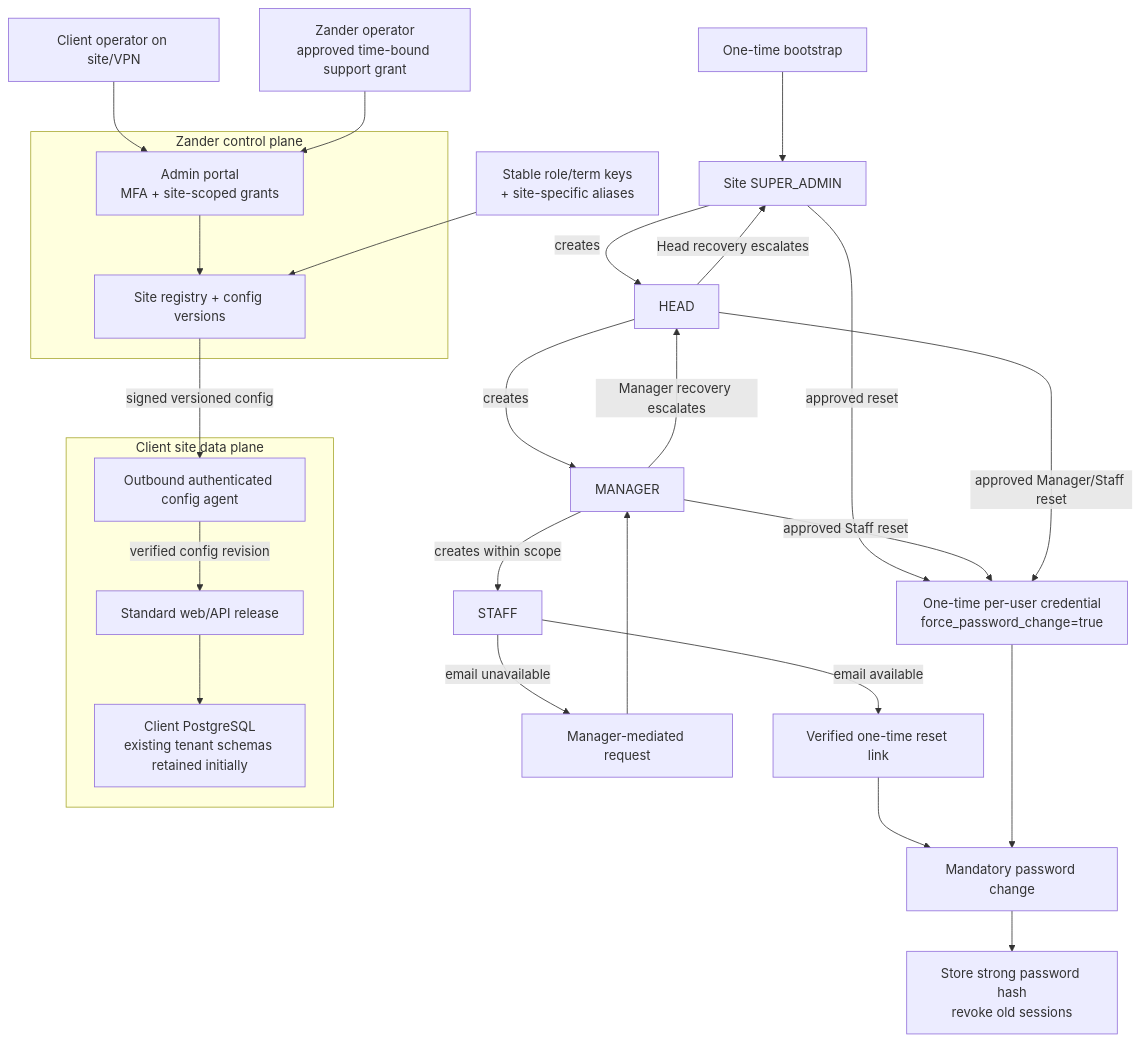
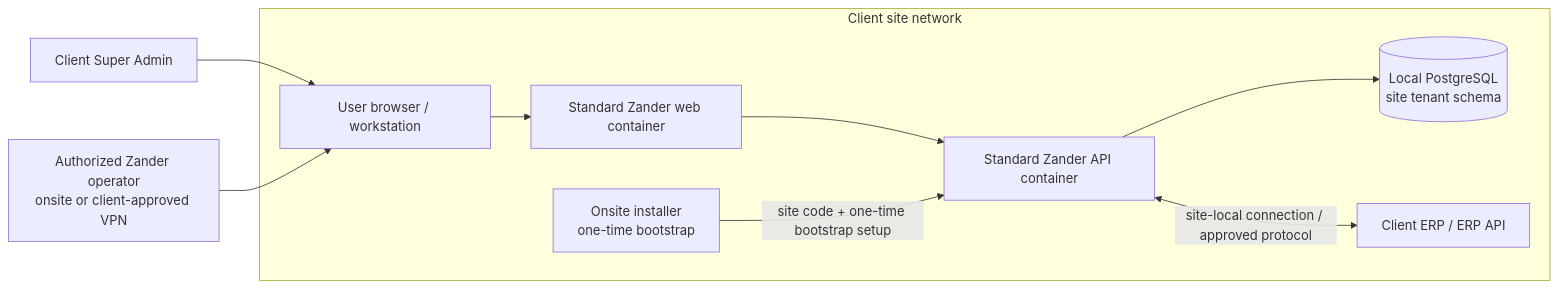
The first of 2 diagrams in README.md (zanderai/wms_mockup), drawn with Mermaid before and after one commit. The commit also changed other lines of this file and 2 other files, not shown here.

````diff
--- a/README.md
+++ b/README.md
@@ -486,36 +147,16 @@
 ```mermaid
-flowchart TD
-  subgraph Control["Zander control plane"]
-    PORTAL["Admin portal<br/>MFA + site-scoped grants"]
-    REG["Site registry + config versions"]
-    PORTAL --> REG
+flowchart LR
+  subgraph Site["Client site network"]
+    Browser["User browser / workstation"]
+    Web["Standard Zander web container"]
+    API["Standard Zander API container"]
+    DB[("Local PostgreSQL<br/>site tenant schema")]
+    ERP["Client ERP / ERP API"]
+    Installer["Onsite installer<br/>one-time bootstrap"]
+    Browser --> Web --> API --> DB
+    API <-->|"site-local connection / approved protocol"| ERP
+    Installer -->|"site code + one-time bootstrap setup"| API
   end
-  subgraph Site["Client site data plane"]
-    AGENT["Outbound authenticated config agent"]
-    WEB["Standard web/API release"]
-    DB["Client PostgreSQL<br/>existing tenant schemas retained initially"]
-    AGENT -->|"verified config revision"| WEB
-    WEB --> DB
-  end
-  REG -->|"signed versioned config"| AGENT
-  LOCAL["Client operator on site/VPN"] --> PORTAL
-  SUPPORT["Zander operator<br/>approved time-bound support grant"] --> PORTAL
-
-  BOOT["One-time bootstrap"] --> SA["Site SUPER_ADMIN"]
-  SA -->|creates| HEAD["HEAD"]
-  HEAD -->|creates| MAN["MANAGER"]
-  MAN -->|creates within scope| STAFF["STAFF"]
-  TERMS["Stable role/term keys<br/>+ site-specific aliases"] --> REG
-
-  STAFF -->|email available| SELF["Verified one-time reset link"]
-  STAFF -->|email unavailable| REQ["Manager-mediated request"]
-  REQ --> MAN
-  MAN -->|Manager recovery escalates| HEAD
-  HEAD -->|Head recovery escalates| SA
-  SA -->|approved reset| TEMP["One-time per-user credential<br/>force_password_change=true"]
-  MAN -->|approved Staff reset| TEMP
-  HEAD -->|approved Manager/Staff reset| TEMP
-  SELF --> CHANGE["Mandatory password change"]
-  TEMP --> CHANGE
-  CHANGE --> HASH["Store strong password hash<br/>revoke old sessions"]
+  Operator["Client Super Admin"] --> Browser
+  Support["Authorized Zander operator<br/>onsite or client-approved VPN"] --> Browser
 ```
````
